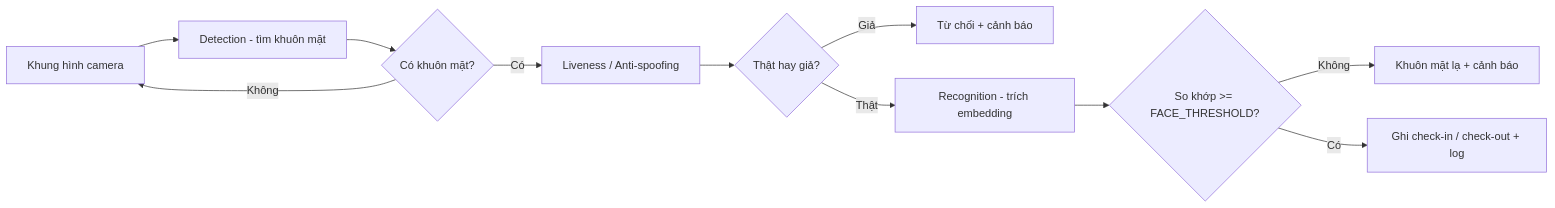
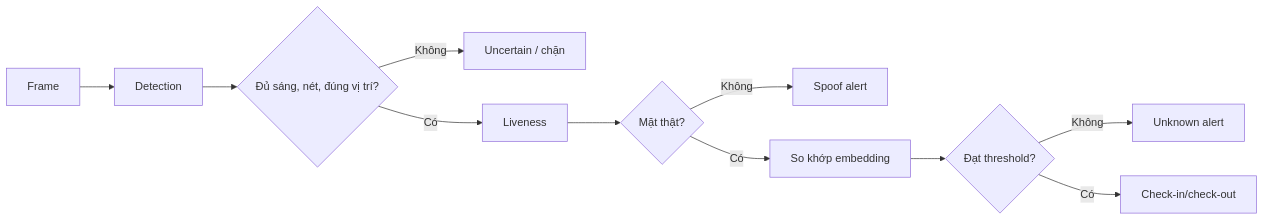
Before and after one commit to chungnguyenvp/Face-Recognition-Attendance-System: the second of 2 diagrams in README.md, drawn with Mermaid. The commit also changed other lines of this file, not shown here.

````diff
--- a/README.md
+++ b/README.md
@@ -104,13 +313,13 @@
 ```mermaid
 flowchart LR
-    A[Khung hình camera] --> B[Detection - tìm khuôn mặt]
-    B --> C{Có khuôn mặt?}
-    C -- Không --> A
-    C -- Có --> D[Liveness / Anti-spoofing]
-    D --> E{Thật hay giả?}
-    E -- Giả --> F[Từ chối + cảnh báo]
-    E -- Thật --> G[Recognition - trích embedding]
-    G --> H{So khớp >= FACE_THRESHOLD?}
-    H -- Không --> I[Khuôn mặt lạ + cảnh báo]
-    H -- Có --> J[Ghi check-in / check-out + log]
+    Frame["Frame"] --> Detect["Detection"]
+    Detect --> Quality{"Đủ sáng, nét, đúng vị trí?"}
+    Quality -- Không --> Reject["Uncertain / chặn"]
+    Quality -- Có --> Live["Liveness"]
+    Live --> IsLive{"Mặt thật?"}
+    IsLive -- Không --> Alert["Spoof alert"]
+    IsLive -- Có --> Match["So khớp embedding"]
+    Match --> Known{"Đạt threshold?"}
+    Known -- Không --> Unknown["Unknown alert"]
+    Known -- Có --> Event["Check-in/check-out"]
 ```
````
